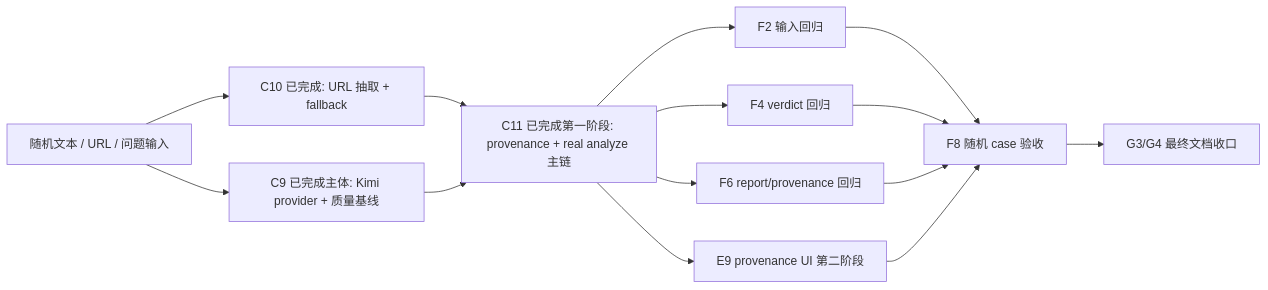
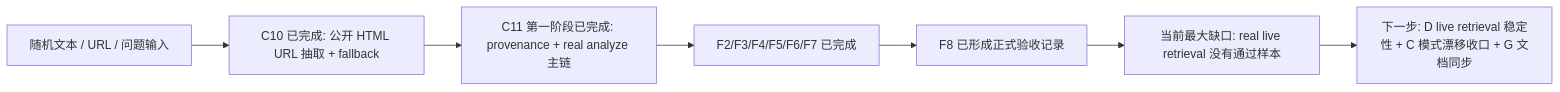
The diagram in overview/10_unfinished-task-priority-and-parallel-analysis.md (forwaryan/rumor-checking), drawn with Mermaid before and after one commit. The commit also changed other lines of this file and 22 other files, not shown here.

````diff
--- a/overview/10_unfinished-task-priority-and-parallel-analysis.md
+++ b/overview/10_unfinished-task-priority-and-parallel-analysis.md
@@ -18,16 +16,9 @@
 ```mermaid
 flowchart LR
-    A["随机文本 / URL / 问题输入"] --> B["C10 已完成: URL 抽取 + fallback"]
-    A --> C["C9 已完成主体: Kimi provider + 质量基线"]
-    B --> D["C11 已完成第一阶段: provenance + real analyze 主链"]
-    C --> D
-    D --> E["F2 输入回归"]
-    D --> F["F4 verdict 回归"]
-    D --> G["F6 report/provenance 回归"]
-    D --> I["E9 provenance UI 第二阶段"]
-    E --> H["F8 随机 case 验收"]
-    F --> H
-    G --> H
-    I --> H
-    H --> J["G3/G4 最终文档收口"]
+    A["随机文本 / URL / 问题输入"] --> B["C10 已完成: 公开 HTML URL 抽取 + fallback"]
+    B --> C["C11 第一阶段已完成: provenance + real analyze 主链"]
+    C --> D["F2/F3/F4/F5/F6/F7 已完成"]
+    D --> E["F8 已形成正式验收记录"]
+    E --> F["当前最大缺口: real live retrieval 没有通过样本"]
+    F --> G["下一步: D live retrieval 稳定性 + C 模式漂移收口 + G 文档同步"]
 ```
````
